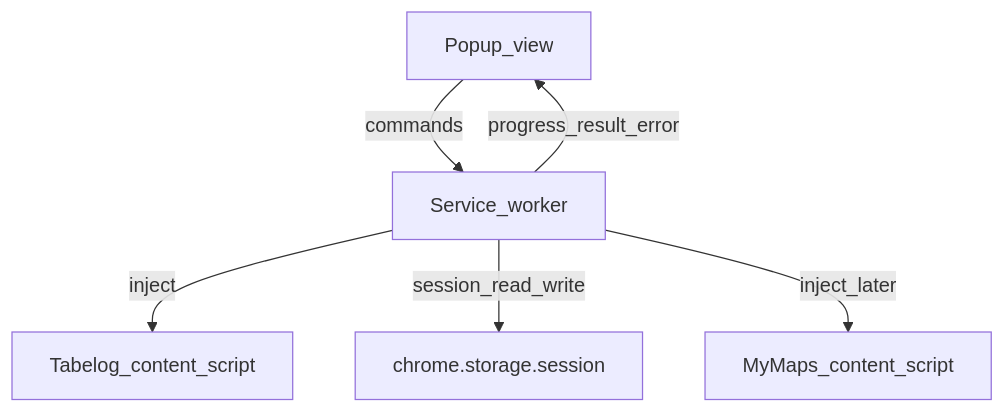
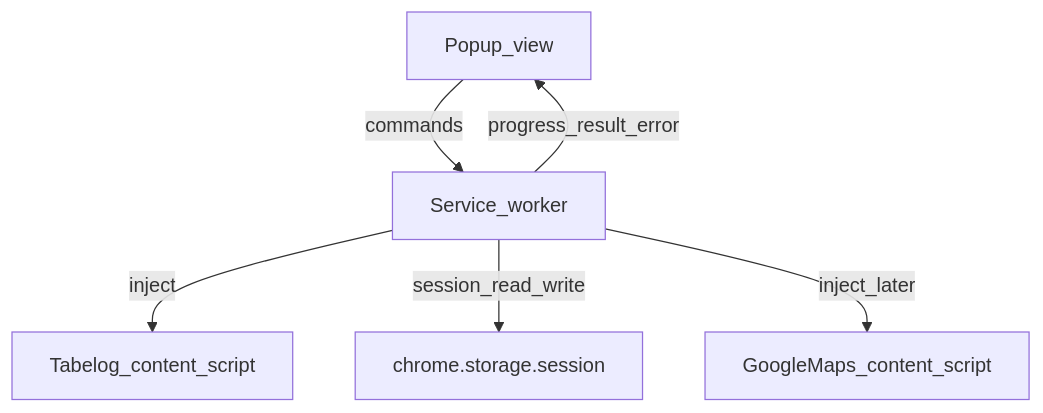
Before and after one commit to photom/import2gmap: the diagram in docs/explanation/extension-ui-design.md, drawn with Mermaid. The commit also changed other lines of this file and 62 other files, not shown here.

````diff
--- a/docs/explanation/extension-ui-design.md
+++ b/docs/explanation/extension-ui-design.md
@@ -71,8 +69,8 @@
 ```mermaid
 flowchart TB
   popup[Popup_view] -->|commands| worker[Service_worker]
   worker -->|progress_result_error| popup
   worker -->|inject| tabelog[Tabelog_content_script]
   worker -->|session_read_write| session[chrome.storage.session]
-  worker -->|inject_later| mymaps[MyMaps_content_script]
+  worker -->|inject_later| gmaps[GoogleMaps_content_script]
 ```
````
